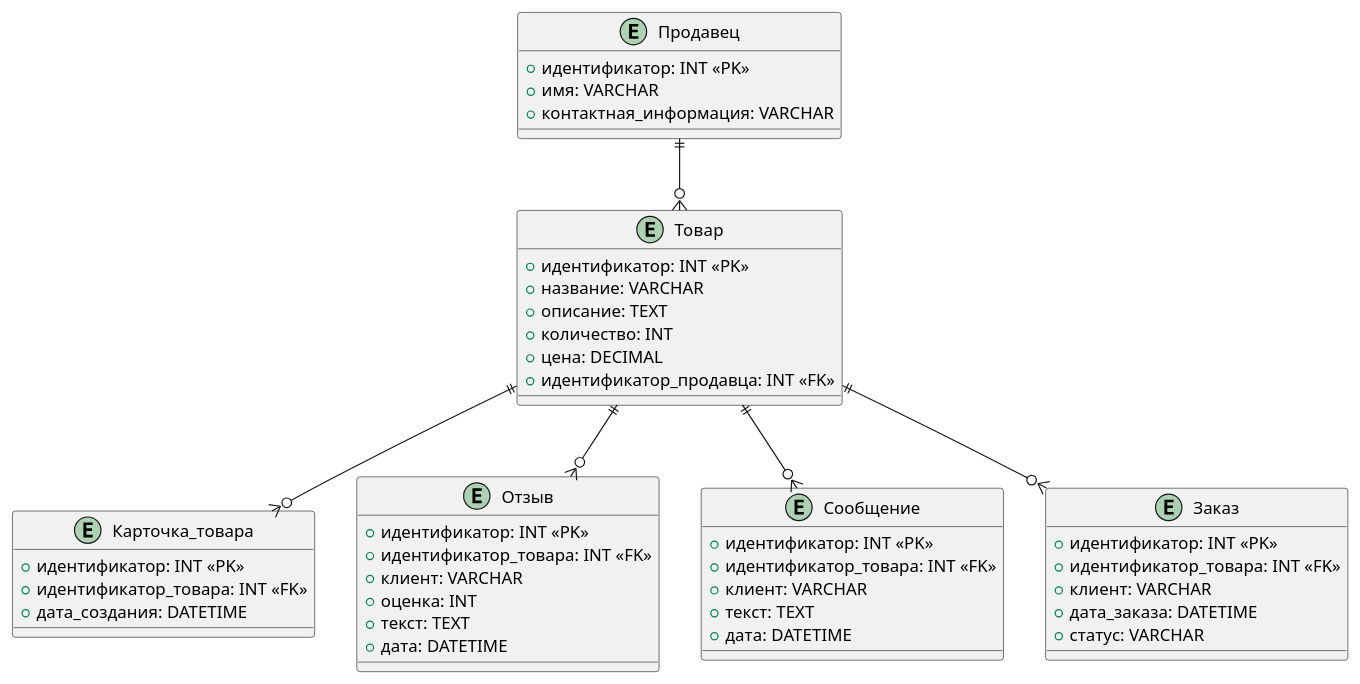
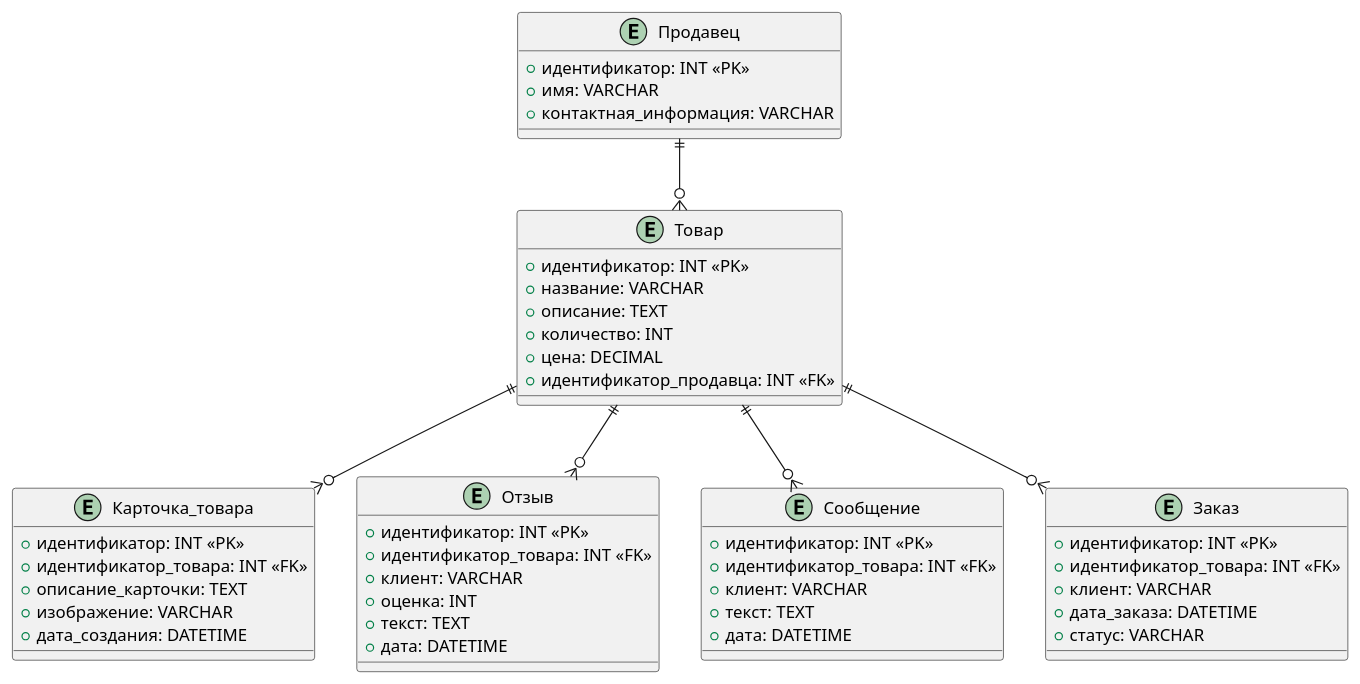
The diagram in 4 МоделированиеБазыДанных.puml (KristinaElya/BusinessA), drawn with PlantUML before and after one commit.

Commit message:
Update 4 МоделированиеБазыДанных.puml

```diff
--- a/4 МоделированиеБазыДанных.puml
+++ b/4 МоделированиеБазыДанных.puml
@@ -1,53 +1,55 @@
 @startuml
 entity "Продавец" {
     +идентификатор: INT <<PK>>
     +имя: VARCHAR
     +контактная_информация: VARCHAR
 }
 
 entity "Товар" {
     +идентификатор: INT <<PK>>
     +название: VARCHAR
     +описание: TEXT
     +количество: INT
     +цена: DECIMAL
     +идентификатор_продавца: INT <<FK>>
 }
 
 entity "Карточка_товара" {
     +идентификатор: INT <<PK>>
     +идентификатор_товара: INT <<FK>>
+    +описание_карточки: TEXT
+    +изображение: VARCHAR 
     +дата_создания: DATETIME
 }
 
 entity "Отзыв" {
     +идентификатор: INT <<PK>>
     +идентификатор_товара: INT <<FK>>
     +клиент: VARCHAR
     +оценка: INT
     +текст: TEXT
     +дата: DATETIME
 }
 
 entity "Сообщение" {
     +идентификатор: INT <<PK>>
     +идентификатор_товара: INT <<FK>>
     +клиент: VARCHAR
     +текст: TEXT
     +дата: DATETIME
 }
 
 entity "Заказ" {
     +идентификатор: INT <<PK>>
     +идентификатор_товара: INT <<FK>>
     +клиент: VARCHAR
     +дата_заказа: DATETIME
     +статус: VARCHAR
 }
 
 Продавец ||--o{ Товар
 Товар ||--o{ Карточка_товара
 Товар ||--o{ Отзыв
 Товар ||--o{ Сообщение
 Товар ||--o{ Заказ
 @enduml
```
